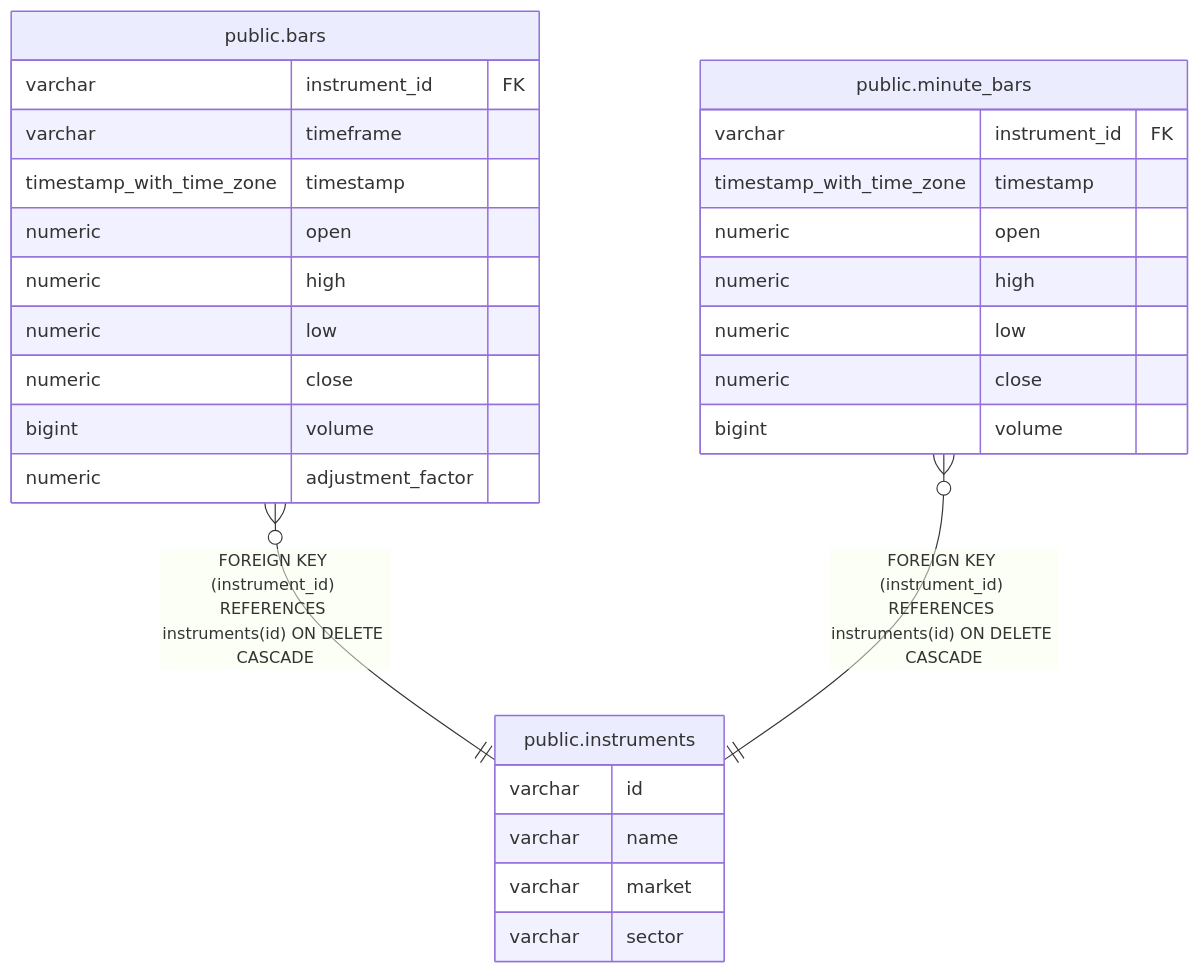
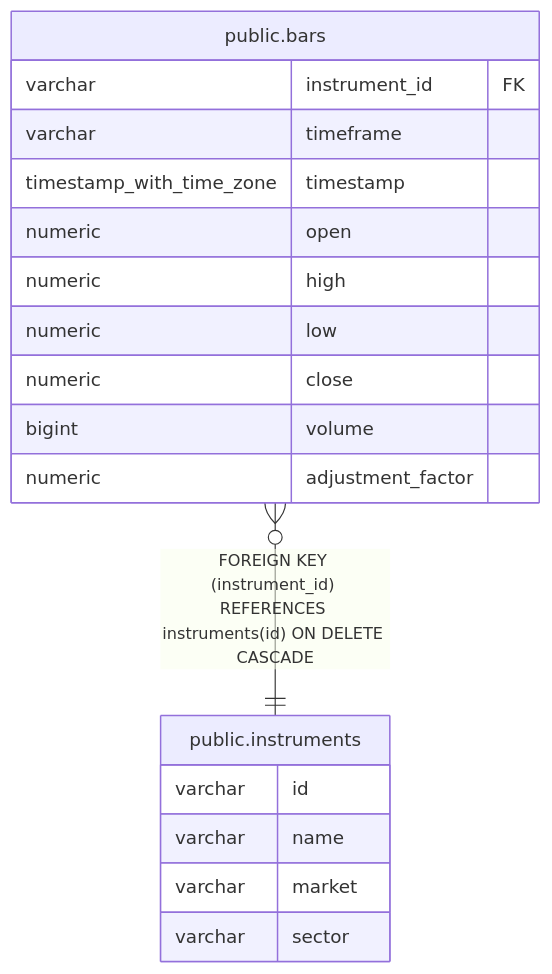
Before and after one commit to fohte/t-rader: the diagram in backend/docs/db/public.instruments.md, drawn with Mermaid. The commit also changed other lines of this file and 17 other files, not shown here.

````diff
--- a/backend/docs/db/public.instruments.md
+++ b/backend/docs/db/public.instruments.md
@@ -31,33 +31,23 @@
 ```mermaid
 erDiagram
 
 "public.bars" }o--|| "public.instruments" : "FOREIGN KEY (instrument_id) REFERENCES instruments(id) ON DELETE CASCADE"
-"public.minute_bars" }o--|| "public.instruments" : "FOREIGN KEY (instrument_id) REFERENCES instruments(id) ON DELETE CASCADE"
 
 "public.instruments" {
   varchar id
   varchar name
   varchar market
   varchar sector
 }
 "public.bars" {
   varchar instrument_id FK
   varchar timeframe
   timestamp_with_time_zone timestamp
   numeric open
   numeric high
   numeric low
   numeric close
   bigint volume
   numeric adjustment_factor
 }
-"public.minute_bars" {
-  varchar instrument_id FK
-  timestamp_with_time_zone timestamp
-  numeric open
-  numeric high
-  numeric low
-  numeric close
-  bigint volume
-}
 ```
````
